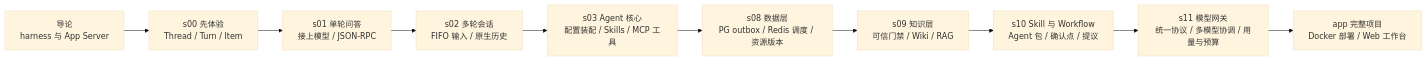
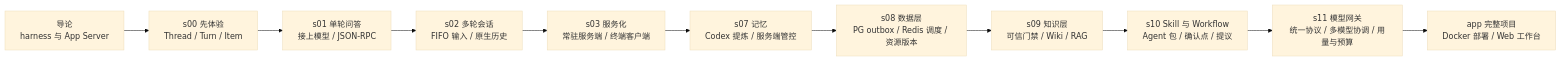
The diagram in README.md (pengcong2020520/learn-codex-harness), drawn with Mermaid (base theme) before and after one commit. The commit also changed other lines of this file and 168 other files, not shown here.

````diff
--- a/README.md
+++ b/README.md
@@ -11,12 +11,13 @@
 ```mermaid
 flowchart LR
   intro["导论<br/>harness 与 App Server"] --> s00["s00 先体验<br/>Thread / Turn / Item"]
   s00 --> s01["s01 单轮问答<br/>接上模型 / JSON-RPC"]
   s01 --> s02["s02 多轮会话<br/>FIFO 输入 / 原生历史"]
-  s02 --> s03["s03 Agent 核心<br/>配置装配 / Skills / MCP 工具"]
-  s03 --> s08["s08 数据层<br/>PG outbox / Redis 调度 / 资源版本"]
+  s02 --> s03["s03 服务化<br/>常驻服务端 / 终端客户端"]
+  s03 --> s07["s07 记忆<br/>Codex 提炼 / 服务端管控"]
+  s07 --> s08["s08 数据层<br/>PG outbox / Redis 调度 / 资源版本"]
   s08 --> s09["s09 知识层<br/>可信门禁 / Wiki / RAG"]
   s09 --> s10["s10 Skill 与 Workflow<br/>Agent 包 / 确认点 / 提议"]
   s10 --> s11["s11 模型网关<br/>统一协议 / 多模型协调 / 用量与预算"]
   s11 --> app["app 完整项目<br/>Docker 部署 / Web 工作台"]
 ```
````
